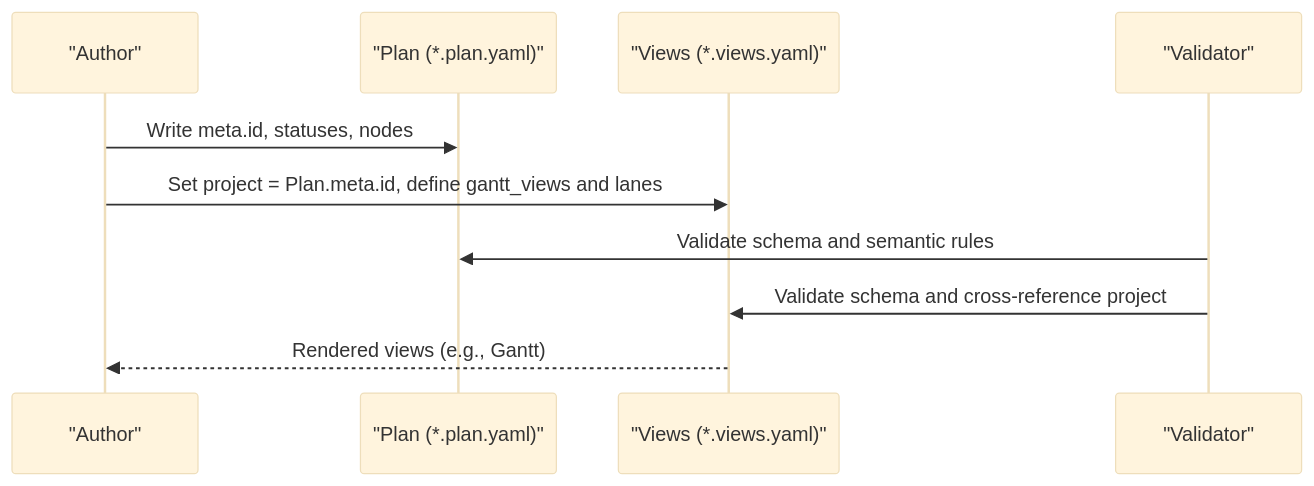
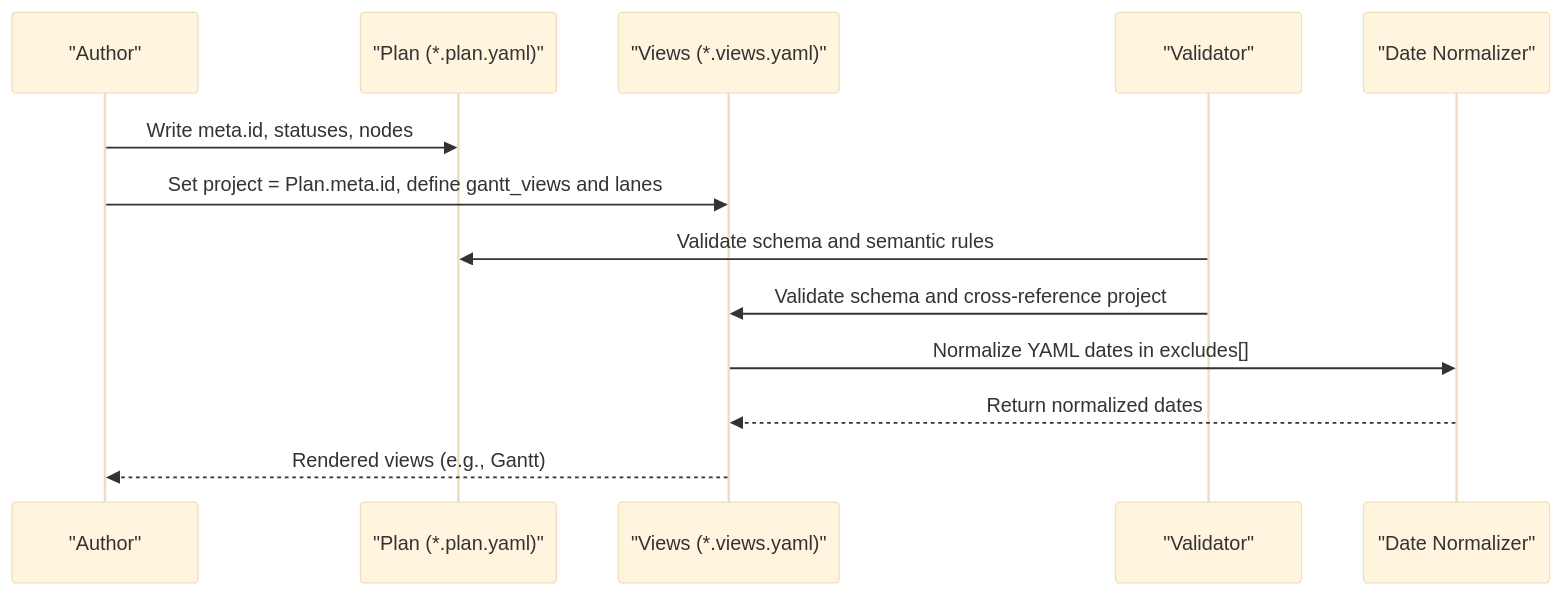
One commit to asukhodko/opskarta changed the fourth of 5 diagrams in .qoder/repowiki/en/content/Specification Reference/File Formats/File Formats.md. Above: the diagram before and after it, drawn with Mermaid (base theme). The commit also changed other lines of this file and 4 other files, not shown here.

````diff
--- a/.qoder/repowiki/en/content/Specification Reference/File Formats/File Formats.md
+++ b/.qoder/repowiki/en/content/Specification Reference/File Formats/File Formats.md
@@ -222,12 +234,15 @@
 ```mermaid
 sequenceDiagram
 participant Author as "Author"
 participant Plan as "Plan (*.plan.yaml)"
 participant Views as "Views (*.views.yaml)"
 participant Validator as "Validator"
+participant Normalizer as "Date Normalizer"
 Author->>Plan : Write meta.id, statuses, nodes
 Author->>Views : Set project = Plan.meta.id, define gantt_views and lanes
 Validator->>Plan : Validate schema and semantic rules
 Validator->>Views : Validate schema and cross-reference project
+Views->>Normalizer : Normalize YAML dates in excludes[]
+Normalizer-->>Views : Return normalized dates
 Views-->>Author : Rendered views (e.g., Gantt)
 ```
````
